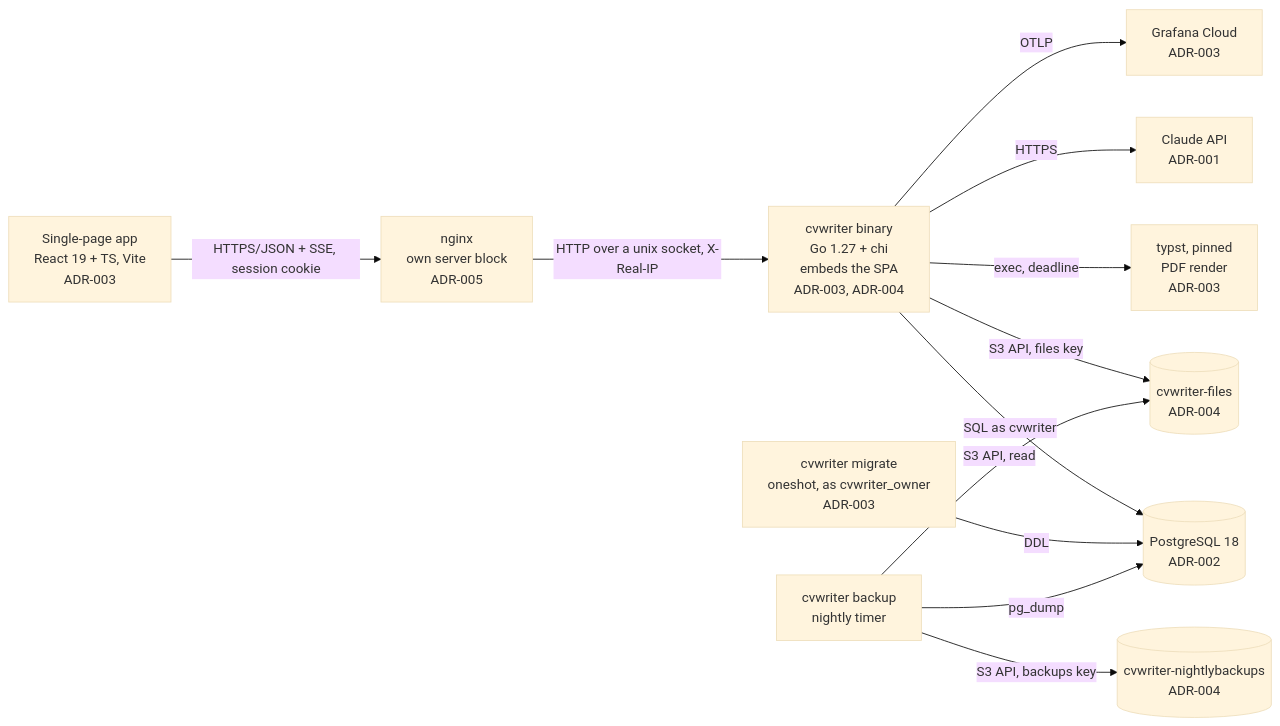
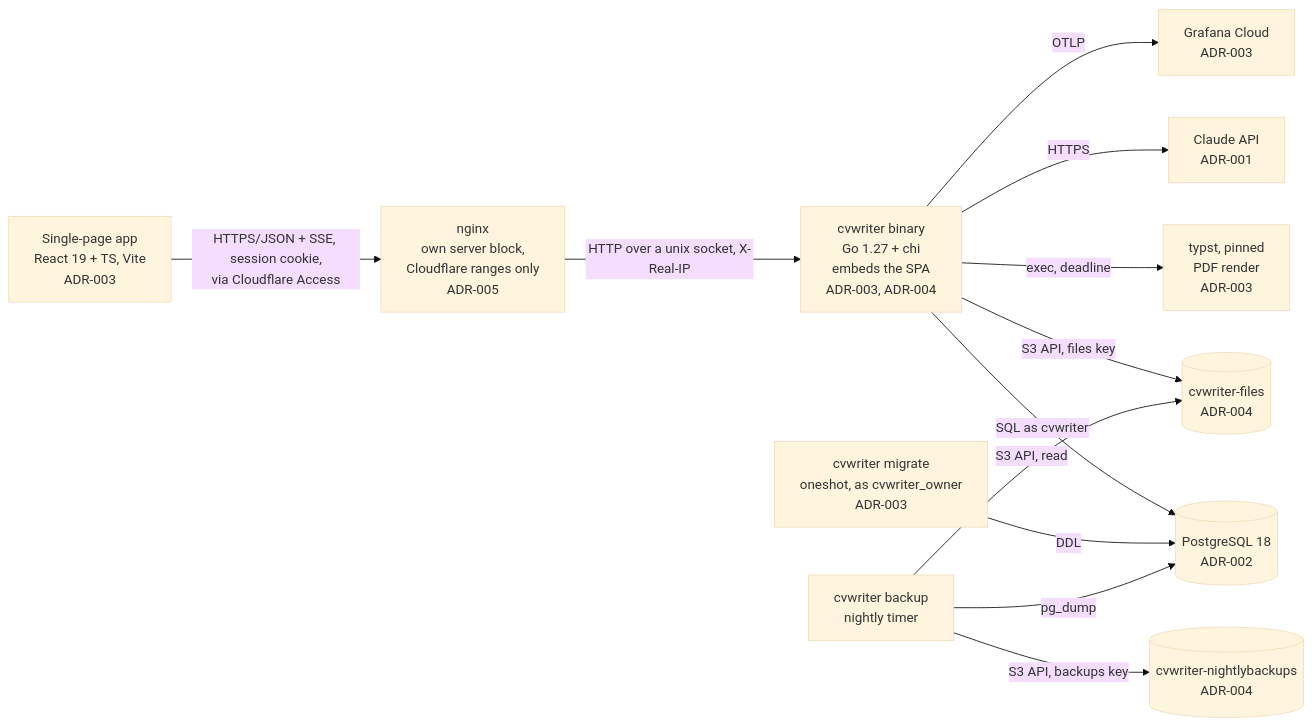
The fourth of 4 diagrams in specs/architecture.md (pyfork/klein-stapje), drawn with Mermaid (base theme) before and after one commit. The commit also changed other lines of this file and 1 other file, not shown here.

First line of the commit message:
threat model: A-5 decided; Cloudflare Access with email code + passkey; origin token check

````diff
--- a/specs/architecture.md
+++ b/specs/architecture.md
@@ -78,14 +78,14 @@
 ```mermaid
 flowchart LR
-    spa[Single-page app<br/>React 19 + TS, Vite<br/>ADR-003] -->|HTTPS/JSON + SSE, session cookie| nginx[nginx<br/>own server block<br/>ADR-005]
+    spa[Single-page app<br/>React 19 + TS, Vite<br/>ADR-003] -->|HTTPS/JSON + SSE, session cookie,<br/>via Cloudflare Access| nginx[nginx<br/>own server block,<br/>Cloudflare ranges only<br/>ADR-005]
     nginx -->|HTTP over a unix socket, X-Real-IP| app[cvwriter binary<br/>Go 1.27 + chi<br/>embeds the SPA<br/>ADR-003, ADR-004]
     app -->|SQL as cvwriter| db[(PostgreSQL 18<br/>ADR-002)]
     app -->|exec, deadline| typst[typst, pinned<br/>PDF render<br/>ADR-003]
     app -->|S3 API, files key| files[(cvwriter-files<br/>ADR-004)]
     app -->|HTTPS| claude[Claude API<br/>ADR-001]
     app -->|OTLP| otel[Grafana Cloud<br/>ADR-003]
     migrate[cvwriter migrate<br/>oneshot, as cvwriter_owner<br/>ADR-003] -->|DDL| db
     backup[cvwriter backup<br/>nightly timer] -->|pg_dump| db
     backup -->|S3 API, backups key| nightly[(cvwriter-nightlybackups<br/>ADR-004)]
     backup -->|S3 API, read| files
 ```
````
